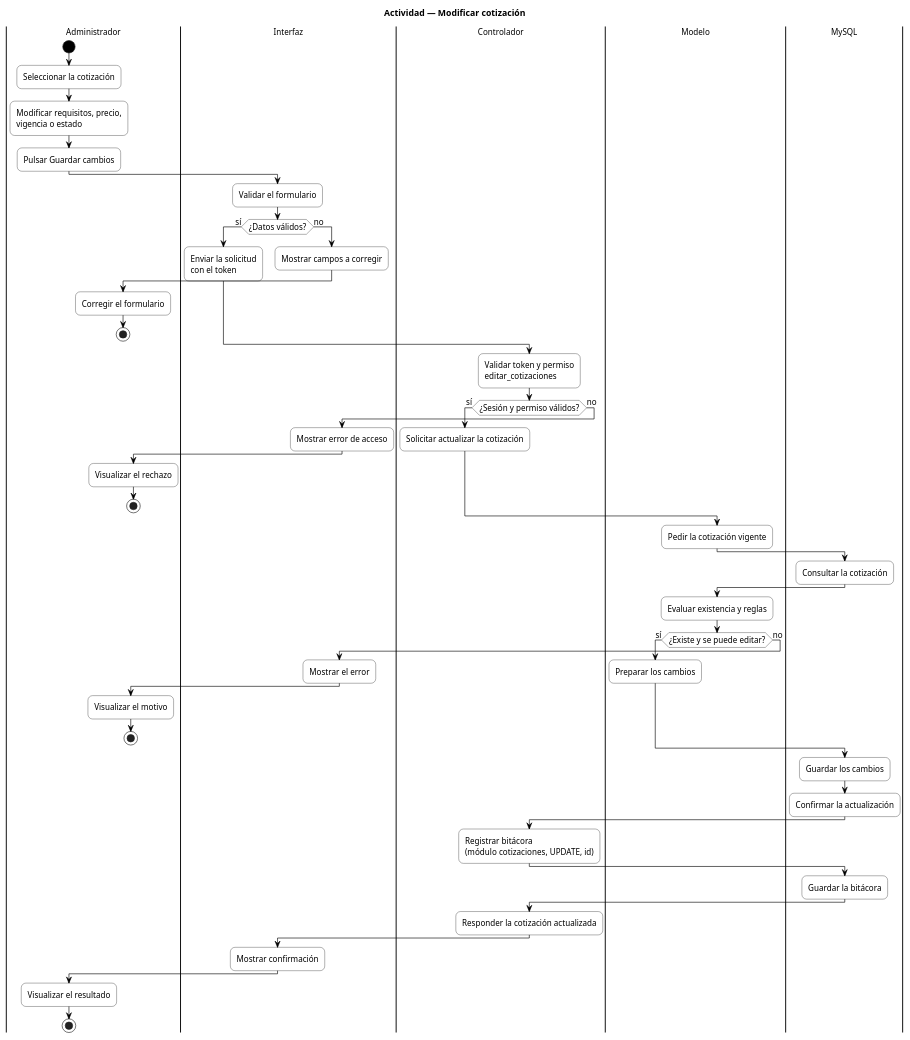
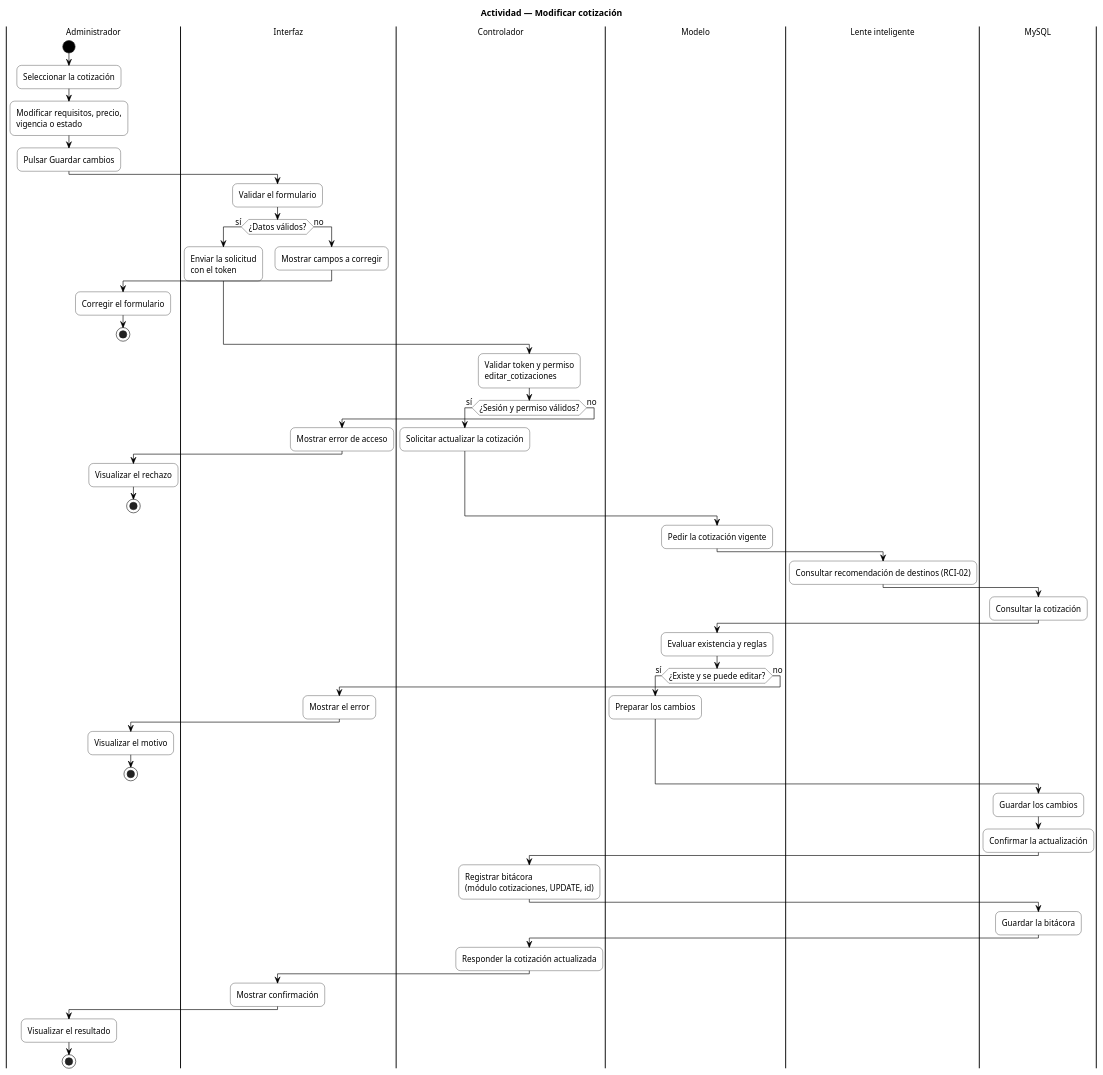
Before and after one commit to gioser1107/SIGEL: the diagram in docs/ENTREGA_DOCUMENTAL/diagramas/puml/carriles/COTIZACION_MODIFICAR.puml, drawn with PlantUML. The commit also changed 209 other files, not shown here.

```diff
--- a/docs/ENTREGA_DOCUMENTAL/diagramas/puml/carriles/COTIZACION_MODIFICAR.puml
+++ b/docs/ENTREGA_DOCUMENTAL/diagramas/puml/carriles/COTIZACION_MODIFICAR.puml
@@ -1,92 +1,95 @@
 @startuml
 title Actividad — Modificar cotización
 
 skinparam backgroundColor #FFFFFF
 skinparam shadowing false
 skinparam defaultFontName Helvetica
 skinparam defaultFontSize 13
 skinparam roundcorner 15
 skinparam activity {
   BackgroundColor white
   BorderColor black
   DiamondBackgroundColor white
   DiamondBorderColor black
   StartColor black
   EndColor black
   ArrowColor black
   FontColor black
 }
 skinparam partition {
   BorderColor black
   FontColor black
   BackgroundColor white
   FontStyle bold
 }
 
 |Administrador|
 start
 :Seleccionar la cotización;
 :Modificar requisitos, precio,\nvigencia o estado;
 :Pulsar Guardar cambios;
 
 |Interfaz|
 :Validar el formulario;
 if (¿Datos válidos?) then (sí)
   :Enviar la solicitud\ncon el token;
 else (no)
   :Mostrar campos a corregir;
   |Administrador|
   :Corregir el formulario;
   stop
 endif
 
 |Controlador|
 :Validar token y permiso\neditar_cotizaciones;
 if (¿Sesión y permiso válidos?) then (sí)
   :Solicitar actualizar la cotización;
 else (no)
   |Interfaz|
   :Mostrar error de acceso;
   |Administrador|
   :Visualizar el rechazo;
   stop
 endif
 
 |Modelo|
 :Pedir la cotización vigente;
 
+|Lente inteligente|
+:Consultar recomendación de destinos (RCI-02);
+
 |MySQL|
 :Consultar la cotización;
 
 |Modelo|
 :Evaluar existencia y reglas;
 if (¿Existe y se puede editar?) then (sí)
   :Preparar los cambios;
 else (no)
   |Interfaz|
   :Mostrar el error;
   |Administrador|
   :Visualizar el motivo;
   stop
 endif
 
 |MySQL|
 :Guardar los cambios;
 :Confirmar la actualización;
 
 |Controlador|
 :Registrar bitácora\n(módulo cotizaciones, UPDATE, id);
 
 |MySQL|
 :Guardar la bitácora;
 
 |Controlador|
 :Responder la cotización actualizada;
 
 |Interfaz|
 :Mostrar confirmación;
 
 |Administrador|
 :Visualizar el resultado;
 stop
 @enduml
```
